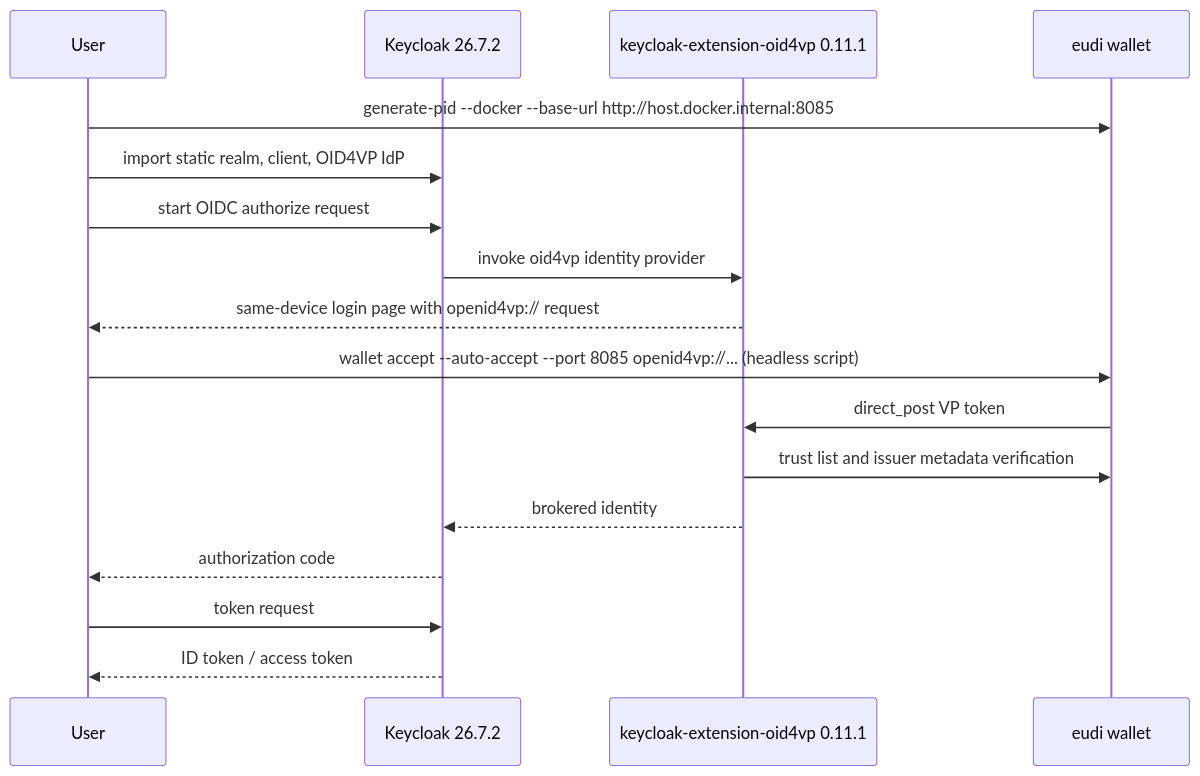
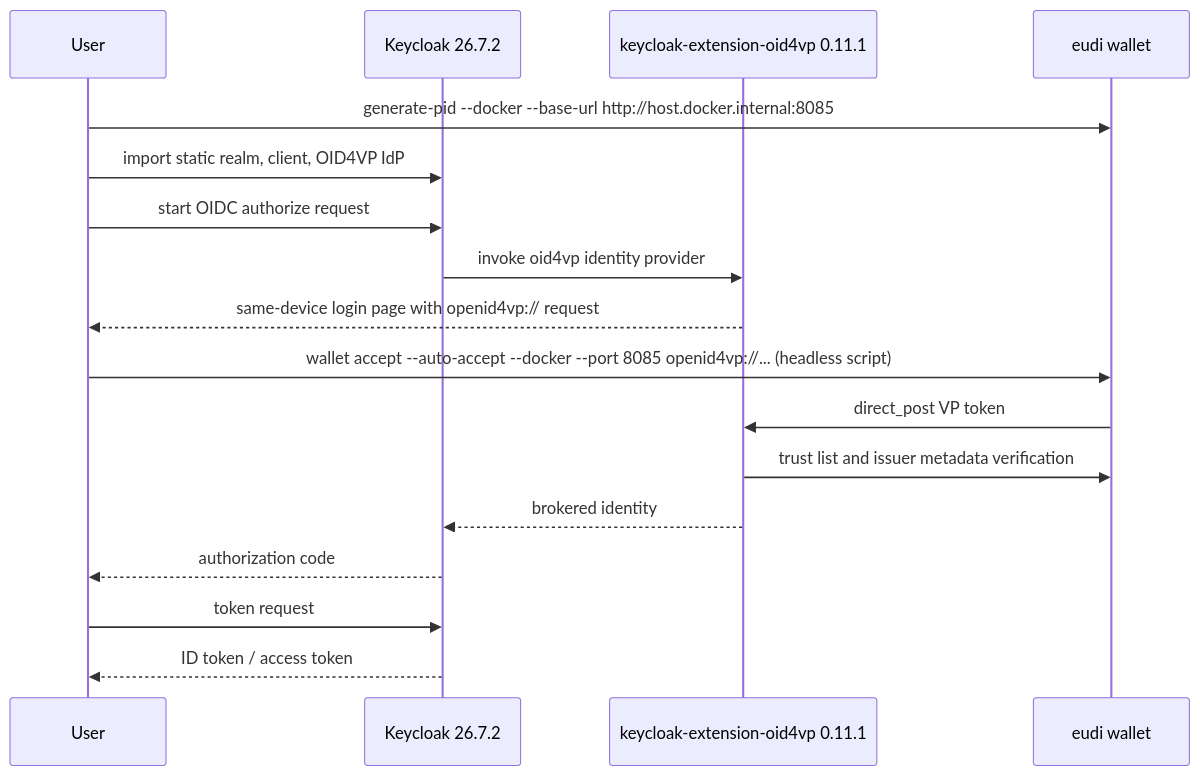
One commit to dominikschlosser/eudi-dev changed the diagram in examples/keycloak-verifier-oid4vp/README.md. Above: the diagram before and after it, drawn with Mermaid. The commit also changed other lines of this file and 11 other files, not shown here.

````diff
--- a/examples/keycloak-verifier-oid4vp/README.md
+++ b/examples/keycloak-verifier-oid4vp/README.md
@@ -15,20 +15,20 @@
 ```mermaid
 sequenceDiagram
     participant U as User
     participant KC as Keycloak 26.7.2
     participant EXT as keycloak-extension-oid4vp 0.11.1
     participant W as eudi wallet
 
     U->>W: generate-pid --docker --base-url http://host.docker.internal:8085
     U->>KC: import static realm, client, OID4VP IdP
     U->>KC: start OIDC authorize request
     KC->>EXT: invoke oid4vp identity provider
     EXT-->>U: same-device login page with openid4vp:// request
-    U->>W: wallet accept --auto-accept --port 8085 openid4vp://... (headless script)
+    U->>W: wallet accept --auto-accept --docker --port 8085 openid4vp://... (headless script)
     W->>EXT: direct_post VP token
     EXT->>W: trust list and issuer metadata verification
     EXT-->>KC: brokered identity
     KC-->>U: authorization code
     U->>KC: token request
     KC-->>U: ID token / access token
 ```
````
